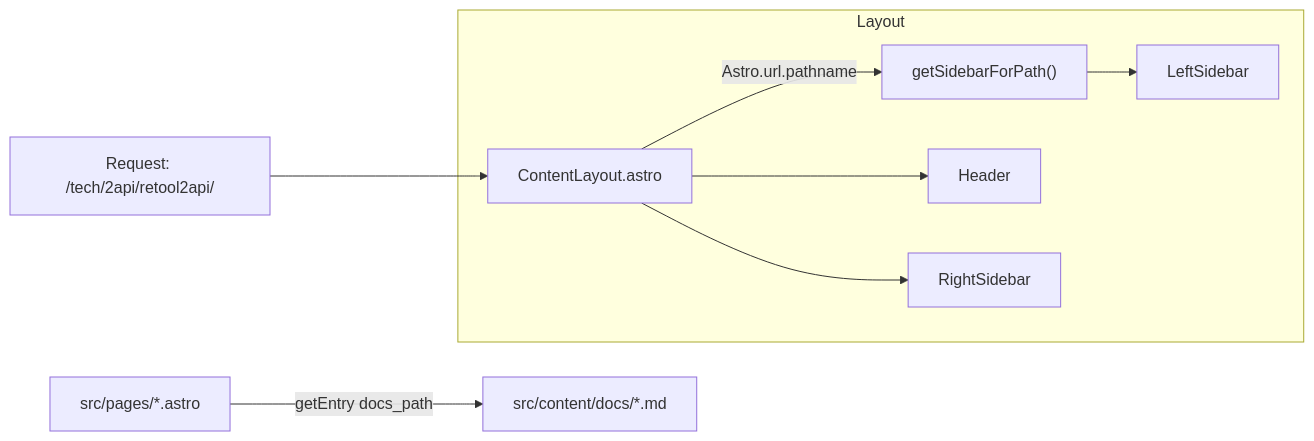
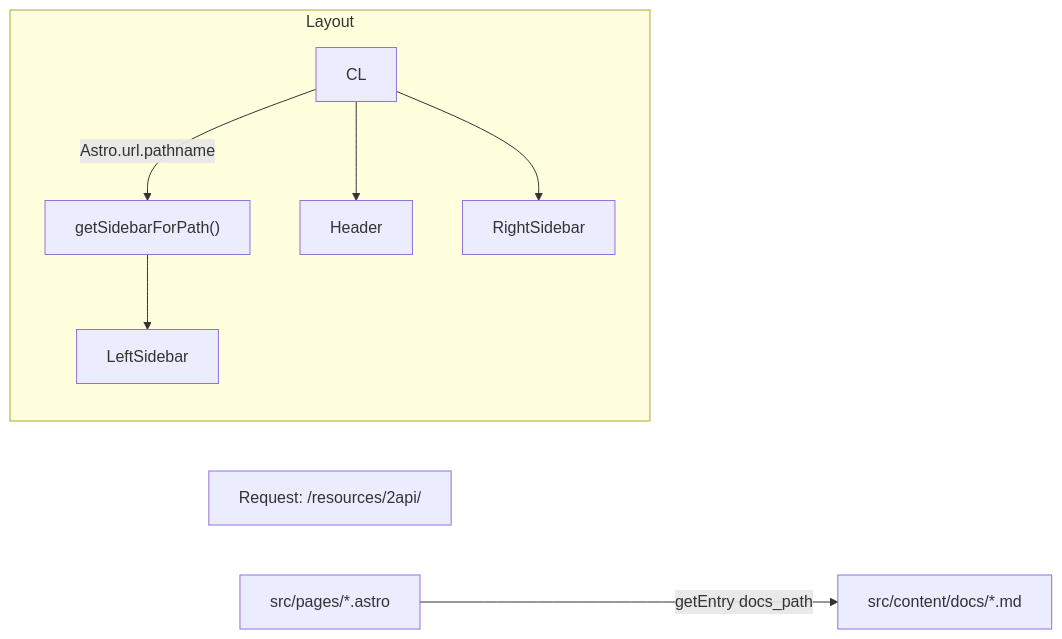
Before and after one commit to zhu-jl18/Fish-AI-Handbook: the diagram in README.md, drawn with Mermaid. The commit also changed other lines of this file and 3 other files, not shown here.

````diff
--- a/README.md
+++ b/README.md
@@ -23,12 +23,12 @@
 ```mermaid
 %% 组件与数据流原理（示意）
 flowchart LR
-  URL["Request: /tech/2api/retool2api/"] --> CL["ContentLayout.astro"]
+URL["Request: /resources/2api/"]
   subgraph Layout
     CL -->|Astro.url.pathname| SB["getSidebarForPath()"]
     SB --> LS["LeftSidebar"]
     CL --> HD["Header"]
     CL --> RS["RightSidebar"]
   end
   PG["src/pages/*.astro"] -->|getEntry docs_path| MD["src/content/docs/*.md"]
 ```
````
